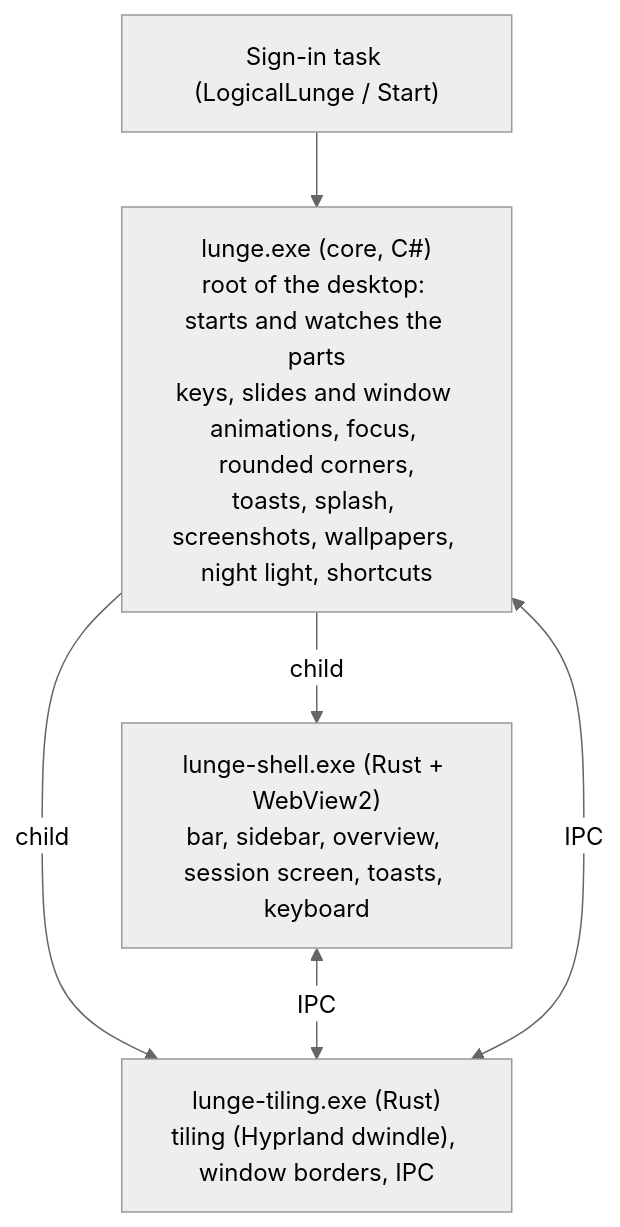
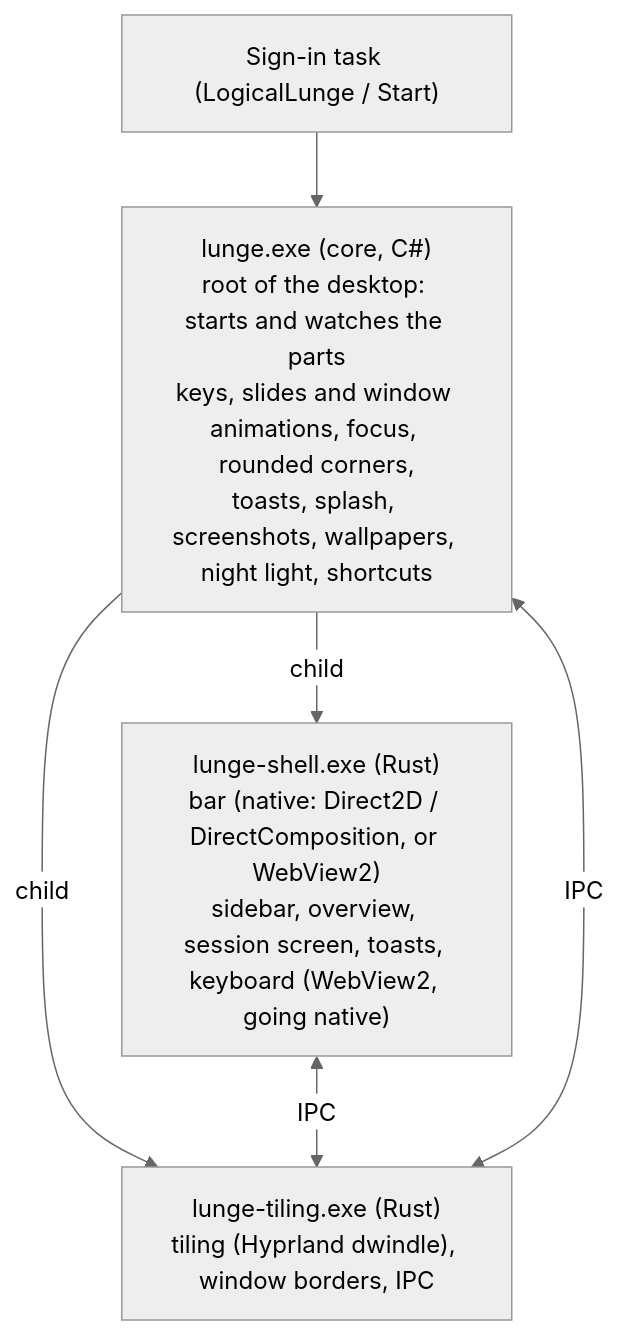
Before and after one commit to KaanAlper/logical-lunge: the diagram in README.md, drawn with Mermaid (neutral theme). The commit also changed other lines of this file, not shown here.

Commit message:
README: durum bölümü (bugün WebView, native bar sürüyor, sırada native paneller ve Windows kabuğu olarak çalışma)

````diff
--- a/README.md
+++ b/README.md
@@ -136,9 +150,9 @@
 ```mermaid
 flowchart TD
   task["Sign-in task (LogicalLunge / Start)"] --> core
   core["lunge.exe (core, C#)<br/>root of the desktop: starts and watches the parts<br/>keys, slides and window animations, focus, rounded corners,<br/>toasts, splash, screenshots, wallpapers, night light, shortcuts"]
   core -- child --> tiling["lunge-tiling.exe (Rust)<br/>tiling (Hyprland dwindle), window borders, IPC"]
-  core -- child --> shell["lunge-shell.exe (Rust + WebView2)<br/>bar, sidebar, overview, session screen, toasts, keyboard"]
+  core -- child --> shell["lunge-shell.exe (Rust)<br/>bar (native: Direct2D / DirectComposition, or WebView2)<br/>sidebar, overview, session screen, toasts, keyboard (WebView2, going native)"]
   shell <-- IPC --> tiling
   core <-- IPC --> tiling
 ```
````
